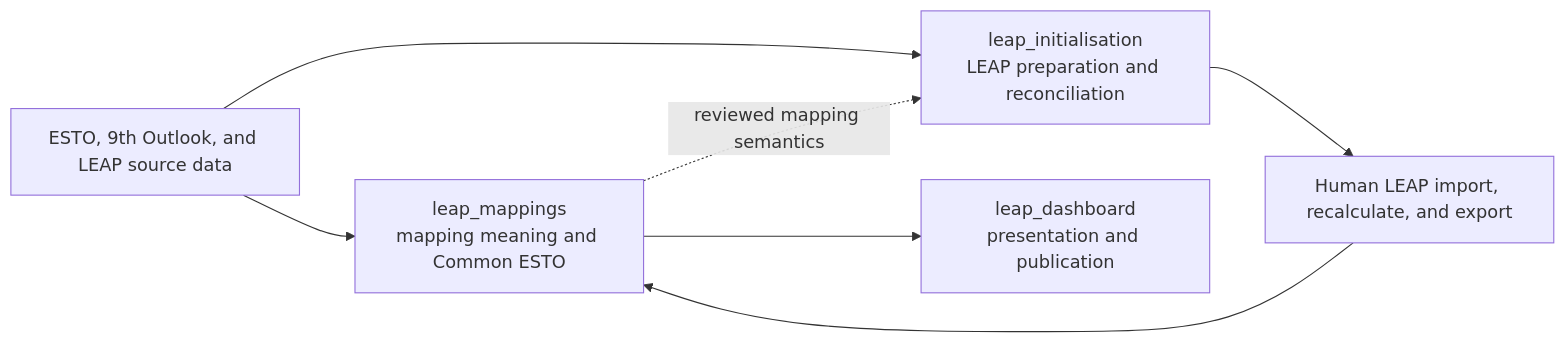
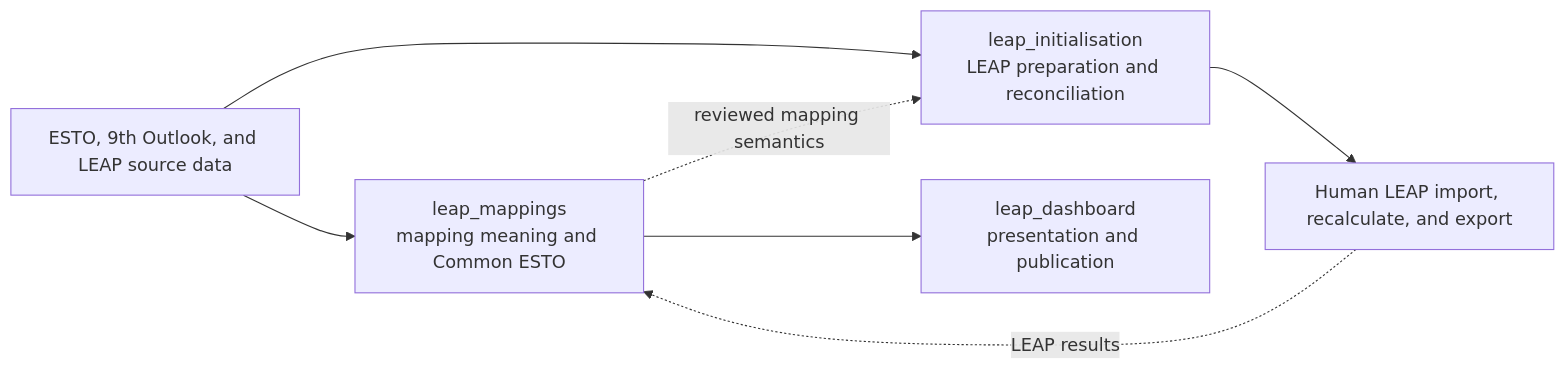
The diagram in docs/start_here.md (asia-pacific-energy-research-centre/leap_mappings), drawn with Mermaid before and after one commit. The commit also changed other lines of this file, not shown here.

````diff
--- a/docs/start_here.md
+++ b/docs/start_here.md
@@ -19,15 +19,15 @@
 ```mermaid
 flowchart LR
     SOURCE["ESTO, 9th Outlook, and LEAP source data"]
     MAP["leap_mappings\nmapping meaning and Common ESTO"]
     INIT["leap_initialisation\nLEAP preparation and reconciliation"]
     LEAP["Human LEAP import, recalculate, and export"]
     DASH["leap_dashboard\npresentation and publication"]
 
     SOURCE --> MAP
     SOURCE --> INIT
     MAP -. "reviewed mapping semantics" .-> INIT
     INIT --> LEAP
-    LEAP --> MAP
+    LEAP -. "LEAP results" .-> MAP
     MAP --> DASH
 ```
````
